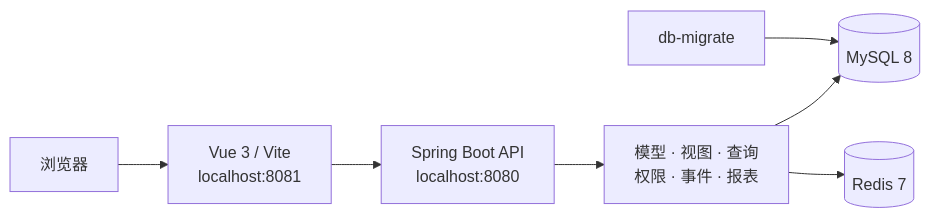
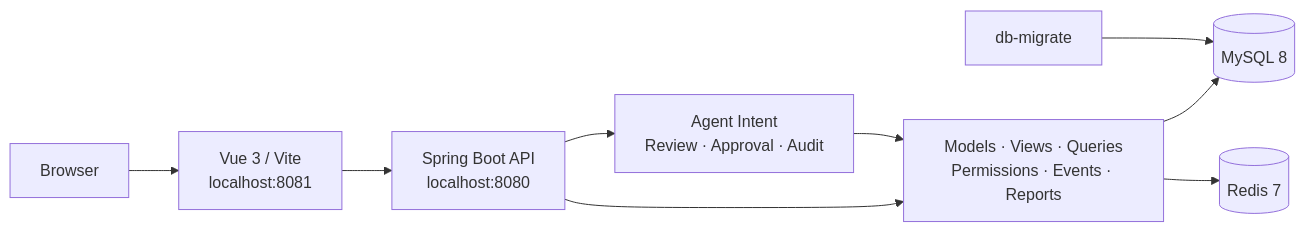
One commit to fool-org/fool-service changed the diagram in README.md. Above: the diagram before and after it, drawn with Mermaid. The commit also changed other lines of this file and 1 other file, not shown here.

````diff
--- a/README.md
+++ b/README.md
@@ -114,9 +142,11 @@
 ```mermaid
 flowchart LR
-    U["浏览器"] --> FE["Vue 3 / Vite<br/>localhost:8081"]
+    U["Browser"] --> FE["Vue 3 / Vite<br/>localhost:8081"]
     FE --> API["Spring Boot API<br/>localhost:8080"]
-    API --> CORE["模型 · 视图 · 查询<br/>权限 · 事件 · 报表"]
+    API --> CORE["Models · Views · Queries<br/>Permissions · Events · Reports"]
+    API --> AGENT["Agent Intent<br/>Review · Approval · Audit"]
     CORE --> DB[("MySQL 8")]
     CORE --> CACHE[("Redis 7")]
+    AGENT --> CORE
     MIG["db-migrate"] --> DB
 ```
````
